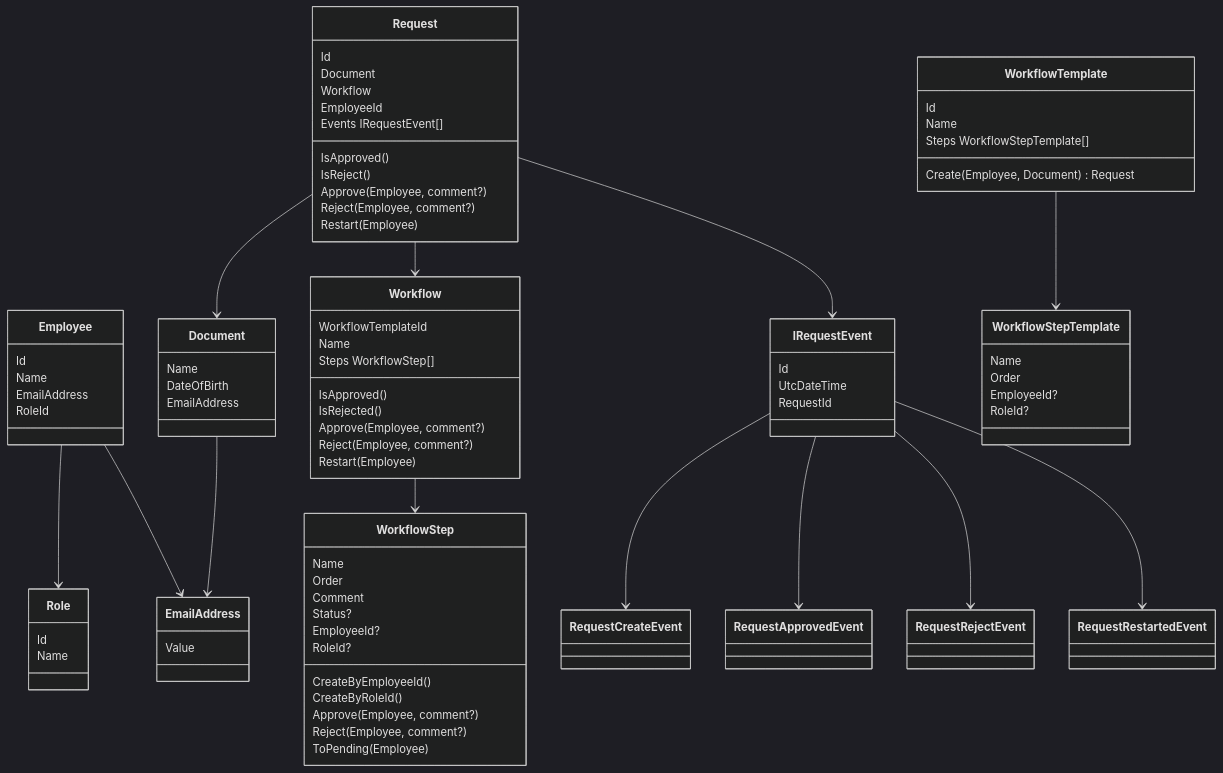
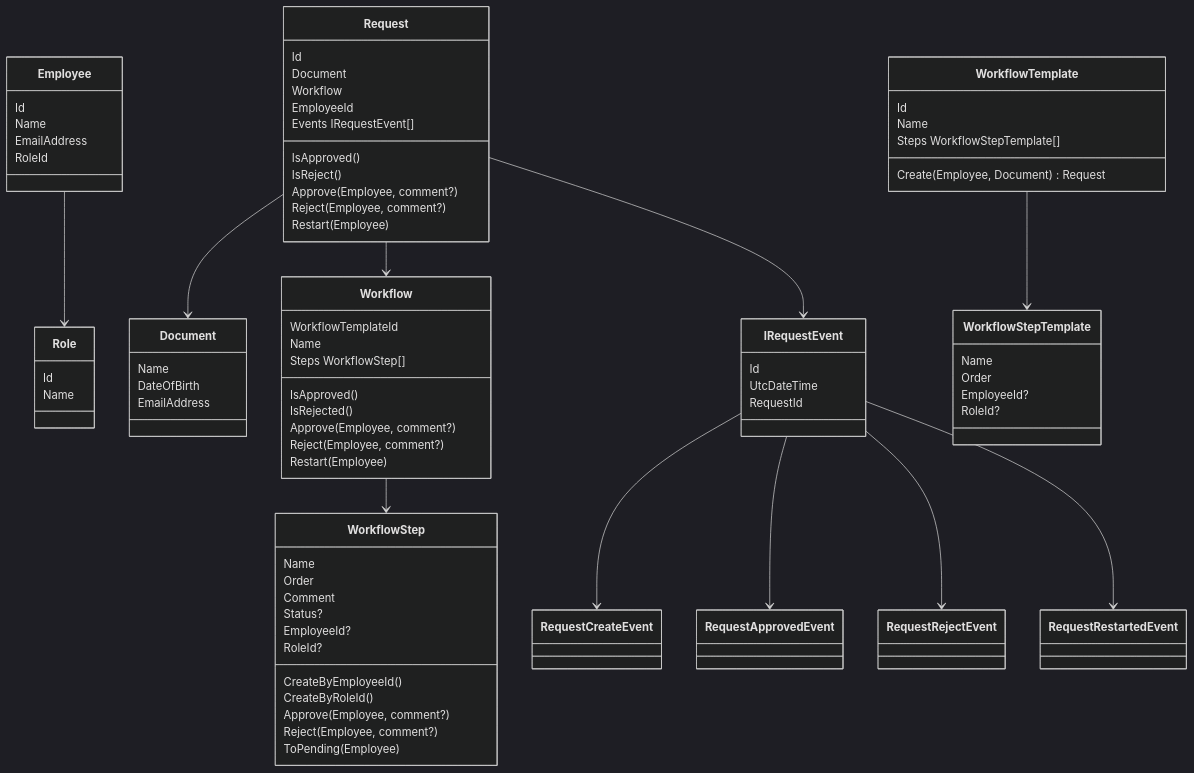
The diagram in README.md (tarioma/Interviews), drawn with Mermaid (dark theme) before and after one commit.

````diff
--- a/README.md
+++ b/README.md
@@ -1,11 +1,9 @@
 ```mermaid
 classDiagram
     Employee --> Role
-    Employee --> EmailAddress
     Request --> Document
     Request --> Workflow
     Request --> IRequestEvent
-    Document --> EmailAddress
     IRequestEvent --> RequestCreateEvent
     IRequestEvent --> RequestApprovedEvent
     IRequestEvent --> RequestRejectEvent
@@ -22,9 +20,6 @@
     class Role{
         Id
         Name
-    }
-    class EmailAddress{
-        Value
     }
     class Request{
         Id
````
